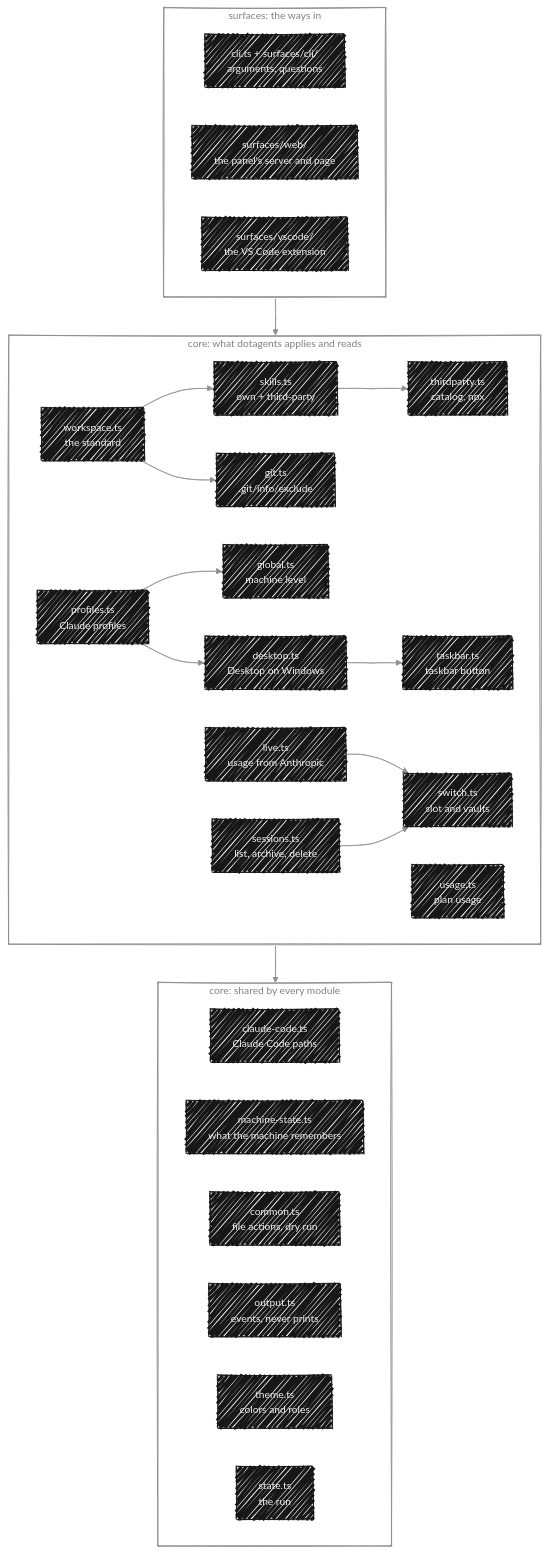
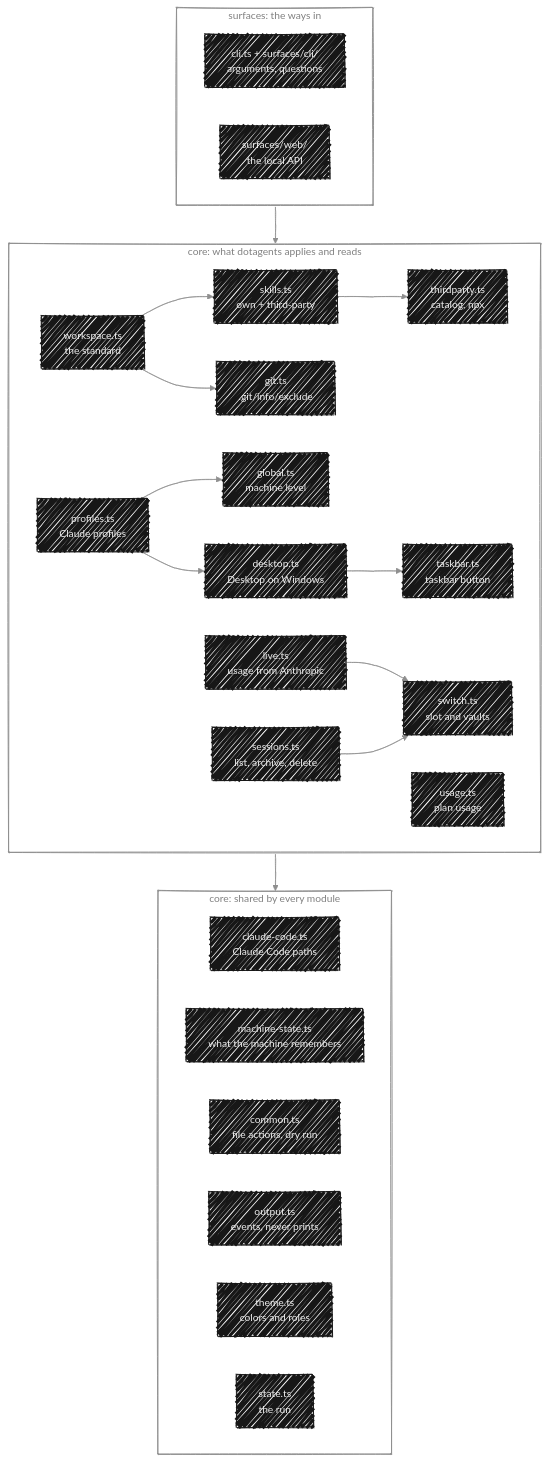
The diagram in docs/architecture.md (dotagents-org/dotagents-core), drawn with Mermaid before and after one commit. The commit also changed other lines of this file and 65 other files, not shown here.

Commit message:
🔥 chore!: leave the panel, the avatars and the vs code extension to dotagents-sidebar, keeping start as the local api

````diff
--- a/docs/architecture.md
+++ b/docs/architecture.md
@@ -34,33 +33,32 @@
 ```mermaid
 %%{init: {"look": "handDrawn", "handDrawnSeed": 3, "theme": "base", "themeVariables": {"fontFamily": "Geist Mono, ui-monospace, SFMono-Regular, Menlo, Consolas, monospace", "fontSize": "14px", "primaryColor": "#171717", "primaryTextColor": "#ededed", "primaryBorderColor": "#171717", "lineColor": "#8f8f8f", "textColor": "#171717", "edgeLabelBackground": "#ededed", "clusterBkg": "transparent", "clusterBorder": "#8f8f8f", "titleColor": "#808080"}}}%%
 flowchart TB
     subgraph surfaces["surfaces: the ways in"]
         direction LR
         cli["cli.ts + surfaces/cli/<br/>arguments, questions"]
-        web["surfaces/web/<br/>the panel's server and page"]
-        vscode["surfaces/vscode/<br/>the VS Code extension"]
+        web["surfaces/web/<br/>the local API"]
     end
 
     subgraph features["core: what dotagents applies and reads"]
         direction LR
         workspace["workspace.ts<br/>the standard"] --> skills["skills.ts<br/>own + third-party"] --> thirdparty["thirdparty.ts<br/>catalog, npx"]
         workspace --> git["git.ts<br/>.git/info/exclude"]
         profiles["profiles.ts<br/>Claude profiles"] --> global["global.ts<br/>machine level"]
         profiles --> desktop["desktop.ts<br/>Desktop on Windows"] --> taskbar["taskbar.ts<br/>taskbar button"]
         usage["usage.ts<br/>plan usage"]
         live["live.ts<br/>usage from Anthropic"] --> switch["switch.ts<br/>slot and vaults"]
         sessions["sessions.ts<br/>list, archive, delete"] --> switch
     end
 
     subgraph shared["core: shared by every module"]
         direction LR
         paths["claude-code.ts<br/>Claude Code paths"]
         memory["machine-state.ts<br/>what the machine remembers"]
         common["common.ts<br/>file actions, dry run"]
         output["output.ts<br/>events, never prints"]
         theme["theme.ts<br/>colors and roles"]
         run["state.ts<br/>the run"]
     end
 
     surfaces --> features --> shared
 ```
````
